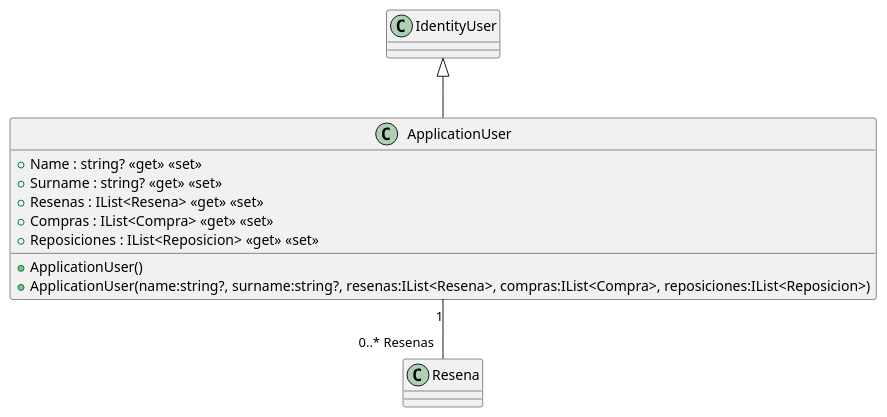
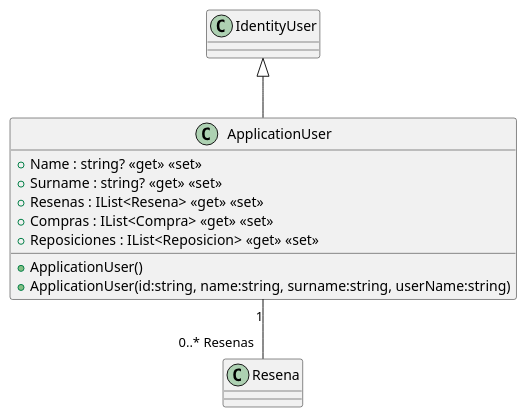
The diagram in src/AppForSEII.API/ClassDiagram/ApplicationUser.puml (ISII2627SoftwareEngineers/ISII2627SoftwareEngineers), drawn with PlantUML before and after one commit. The commit also changed 1 other file, not shown here.

Commit message:
Solucionados más fallos de compilación con la clase ApplicationUser

```diff
--- a/src/AppForSEII.API/ClassDiagram/ApplicationUser.puml
+++ b/src/AppForSEII.API/ClassDiagram/ApplicationUser.puml
@@ -1,13 +1,13 @@
 @startuml
 class ApplicationUser {
     + ApplicationUser()
-    + ApplicationUser(name:string?, surname:string?, resenas:IList<Resena>, compras:IList<Compra>, reposiciones:IList<Reposicion>)
+    + ApplicationUser(id:string, name:string, surname:string, userName:string)
     + Name : string? <<get>> <<set>>
     + Surname : string? <<get>> <<set>>
     + Resenas : IList<Resena> <<get>> <<set>>
     + Compras : IList<Compra> <<get>> <<set>>
     + Reposiciones : IList<Reposicion> <<get>> <<set>>
 }
 ApplicationUser "1" -- "0..* Resenas" Resena
 IdentityUser <|-- ApplicationUser
 @enduml
```
